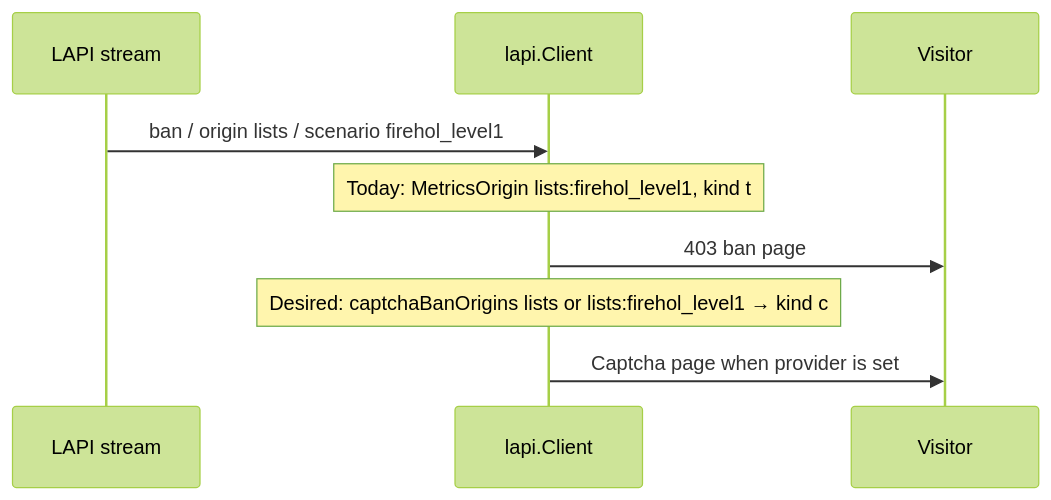
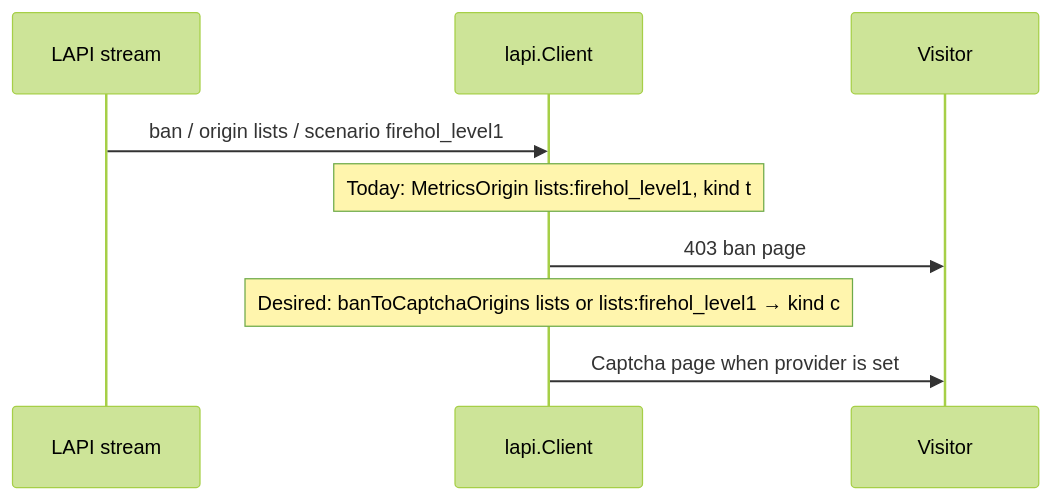
Before and after one commit to david-garcia-garcia/crowdsec-bouncer-traefik-plugin: the diagram in devstate/2026/09/2026-09-20-captcha-ban-origins/card.md, drawn with Mermaid (forest theme). The commit also changed other lines of this file and 25 other files, not shown here.

First line of the commit message:
refactor(lapi): rename CaptchaBanOrigins

````diff
--- a/devstate/2026/09/2026-09-20-captcha-ban-origins/card.md
+++ b/devstate/2026/09/2026-09-20-captcha-ban-origins/card.md
@@ -24,11 +24,11 @@
 ```mermaid
 sequenceDiagram
   participant LAPI as LAPI stream
   participant Plugin as lapi.Client
   participant Client as Visitor
   LAPI->>Plugin: ban / origin lists / scenario firehol_level1
   Note over Plugin: Today: MetricsOrigin lists:firehol_level1, kind t
   Plugin->>Client: 403 ban page
-  Note over Plugin: Desired: captchaBanOrigins lists or lists:firehol_level1 → kind c
+  Note over Plugin: Desired: banToCaptchaOrigins lists or lists:firehol_level1 → kind c
   Plugin->>Client: Captcha page when provider is set
 ```
````
